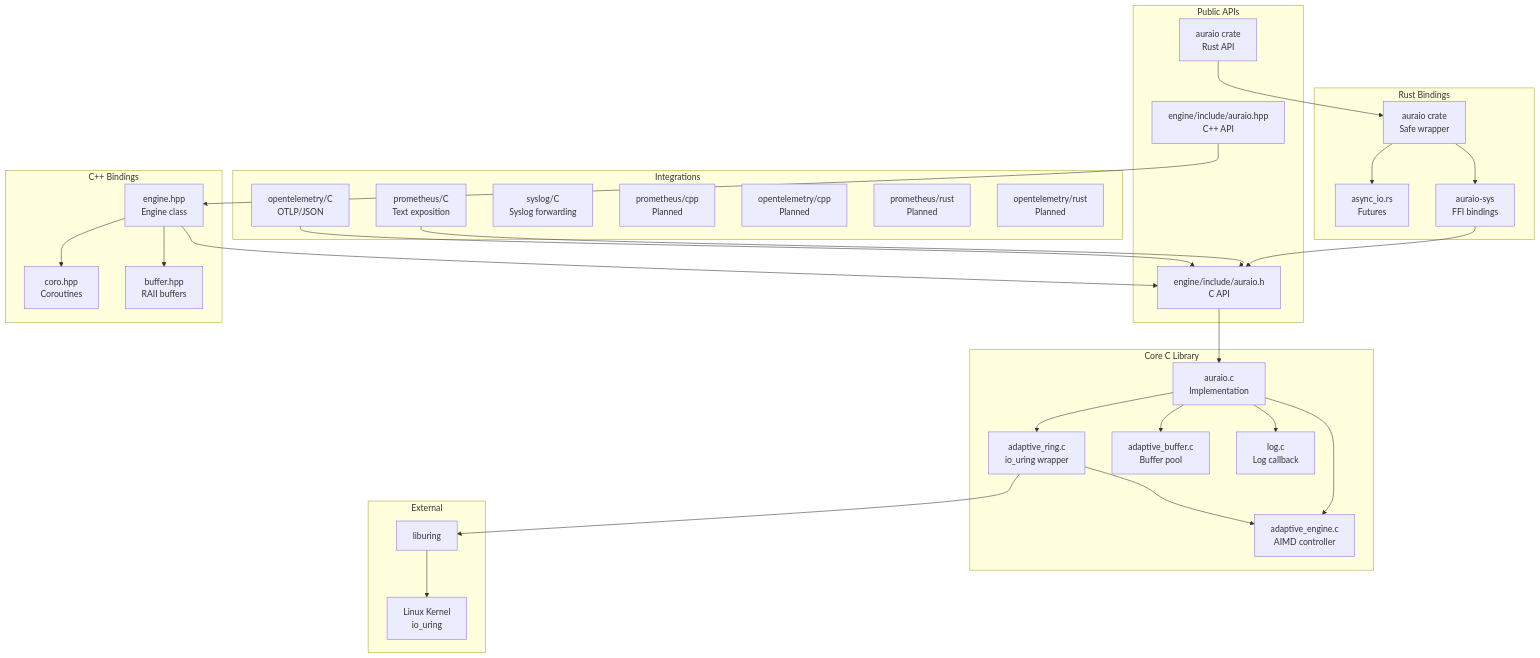
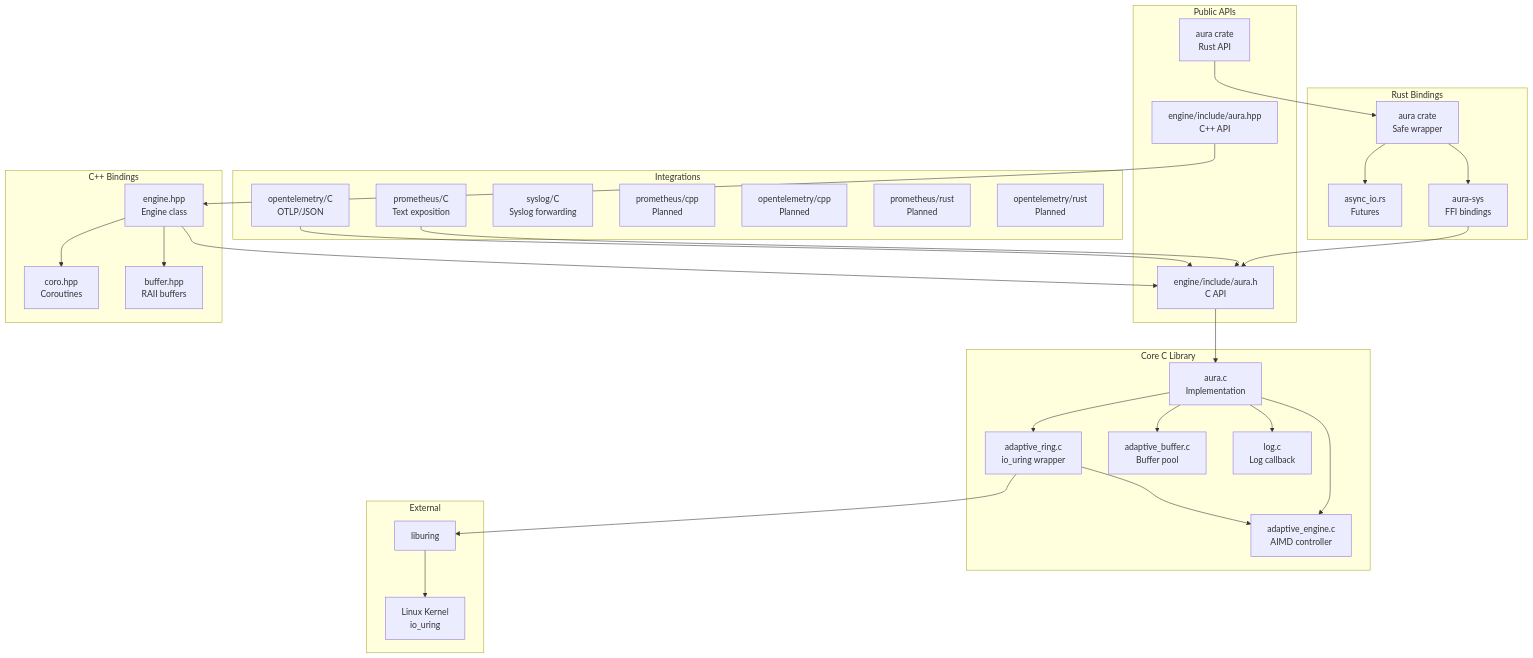
One commit to Par-B/AuraIO changed the first of 5 diagrams in docs/CODEBASE_MAP.md. Above: the diagram before and after it, drawn with Mermaid. The commit also changed other lines of this file and 5 other files, not shown here.

````diff
--- a/docs/CODEBASE_MAP.md
+++ b/docs/CODEBASE_MAP.md
@@ -15,62 +15,62 @@
 ```mermaid
 graph TB
     subgraph "Public APIs"
-        CAPI[engine/include/auraio.h<br/>C API]
-        CPPAPI[engine/include/auraio.hpp<br/>C++ API]
-        RustAPI[auraio crate<br/>Rust API]
+        CAPI[engine/include/aura.h<br/>C API]
+        CPPAPI[engine/include/aura.hpp<br/>C++ API]
+        RustAPI[aura crate<br/>Rust API]
     end
 
     subgraph "C++ Bindings"
         Engine[engine.hpp<br/>Engine class]
         Coro[coro.hpp<br/>Coroutines]
         CppBuf[buffer.hpp<br/>RAII buffers]
     end
 
     subgraph "Rust Bindings"
-        RustSafe[auraio crate<br/>Safe wrapper]
+        RustSafe[aura crate<br/>Safe wrapper]
         RustAsync[async_io.rs<br/>Futures]
-        RustSys[auraio-sys<br/>FFI bindings]
+        RustSys[aura-sys<br/>FFI bindings]
     end
 
     subgraph "Integrations"
         Prom[prometheus/C<br/>Text exposition]
         OTel[opentelemetry/C<br/>OTLP/JSON]
         Syslog[syslog/C<br/>Syslog forwarding]
         PromCpp[prometheus/cpp<br/>Planned]
         OTelCpp[opentelemetry/cpp<br/>Planned]
         PromRust[prometheus/rust<br/>Planned]
         OTelRust[opentelemetry/rust<br/>Planned]
     end
 
     subgraph "Core C Library"
-        Impl[auraio.c<br/>Implementation]
+        Impl[aura.c<br/>Implementation]
         Ring[adaptive_ring.c<br/>io_uring wrapper]
         Adaptive[adaptive_engine.c<br/>AIMD controller]
         BufPool[adaptive_buffer.c<br/>Buffer pool]
         Log[log.c<br/>Log callback]
     end
 
     subgraph "External"
         liburing[liburing]
         Kernel[Linux Kernel<br/>io_uring]
     end
 
     CPPAPI --> Engine
     Engine --> Coro
     Engine --> CppBuf
     Engine --> CAPI
     RustAPI --> RustSafe
     RustSafe --> RustAsync
     RustSafe --> RustSys
     RustSys --> CAPI
     Prom --> CAPI
     OTel --> CAPI
     CAPI --> Impl
     Impl --> Ring
     Impl --> Adaptive
     Impl --> BufPool
     Impl --> Log
     Ring --> Adaptive
     Ring --> liburing
     liburing --> Kernel
 ```
````
